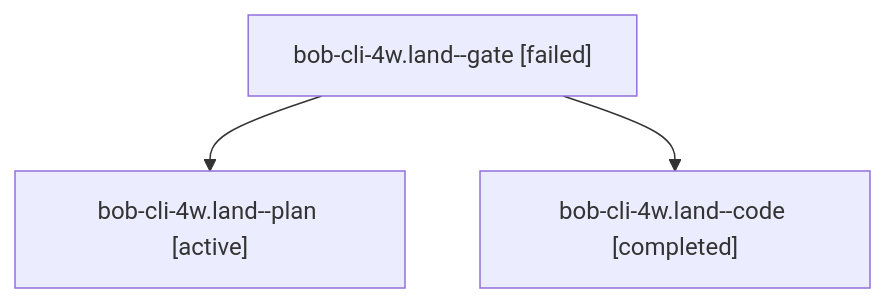
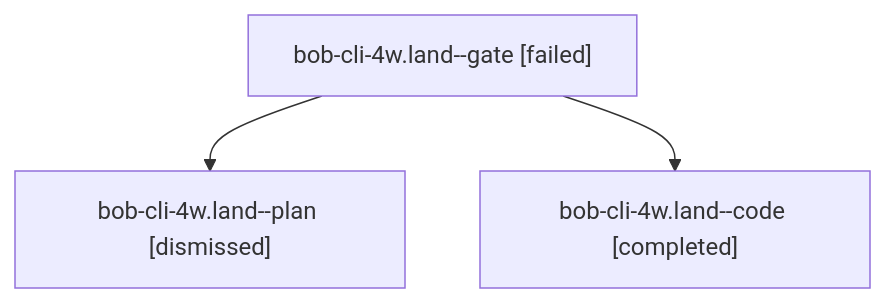
Before and after one commit to bobs-org/bob-cli--agents: the diagram in sessions/bbugyi200.athena.bob-cli-4w.land.md, drawn with Mermaid. The commit also changed other lines of this file and 44 other files, not shown here.

````diff
--- a/sessions/bbugyi200.athena.bob-cli-4w.land.md
+++ b/sessions/bbugyi200.athena.bob-cli-4w.land.md
@@ -9,8 +9,8 @@
 ```mermaid
 flowchart TD
   n0["bob-cli-4w.land--gate [failed]"]
-  n1["bob-cli-4w.land--plan [active]"]
+  n1["bob-cli-4w.land--plan [dismissed]"]
   n0 --> n1
   n2["bob-cli-4w.land--code [completed]"]
   n0 --> n2
 ```
````
